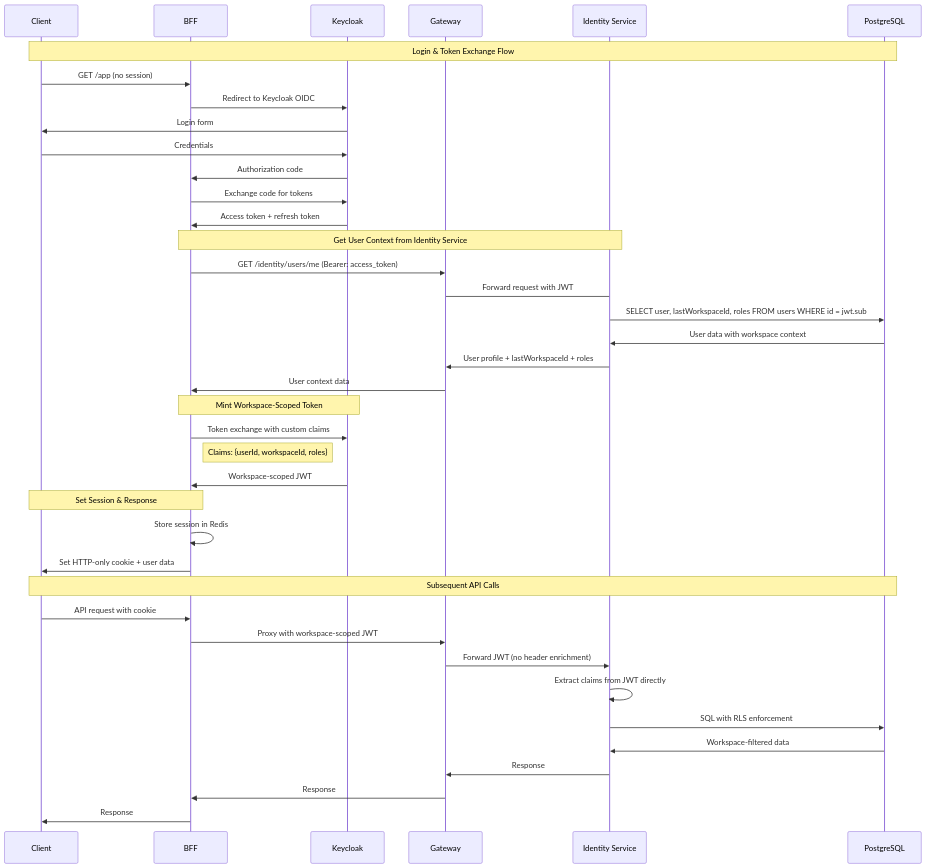
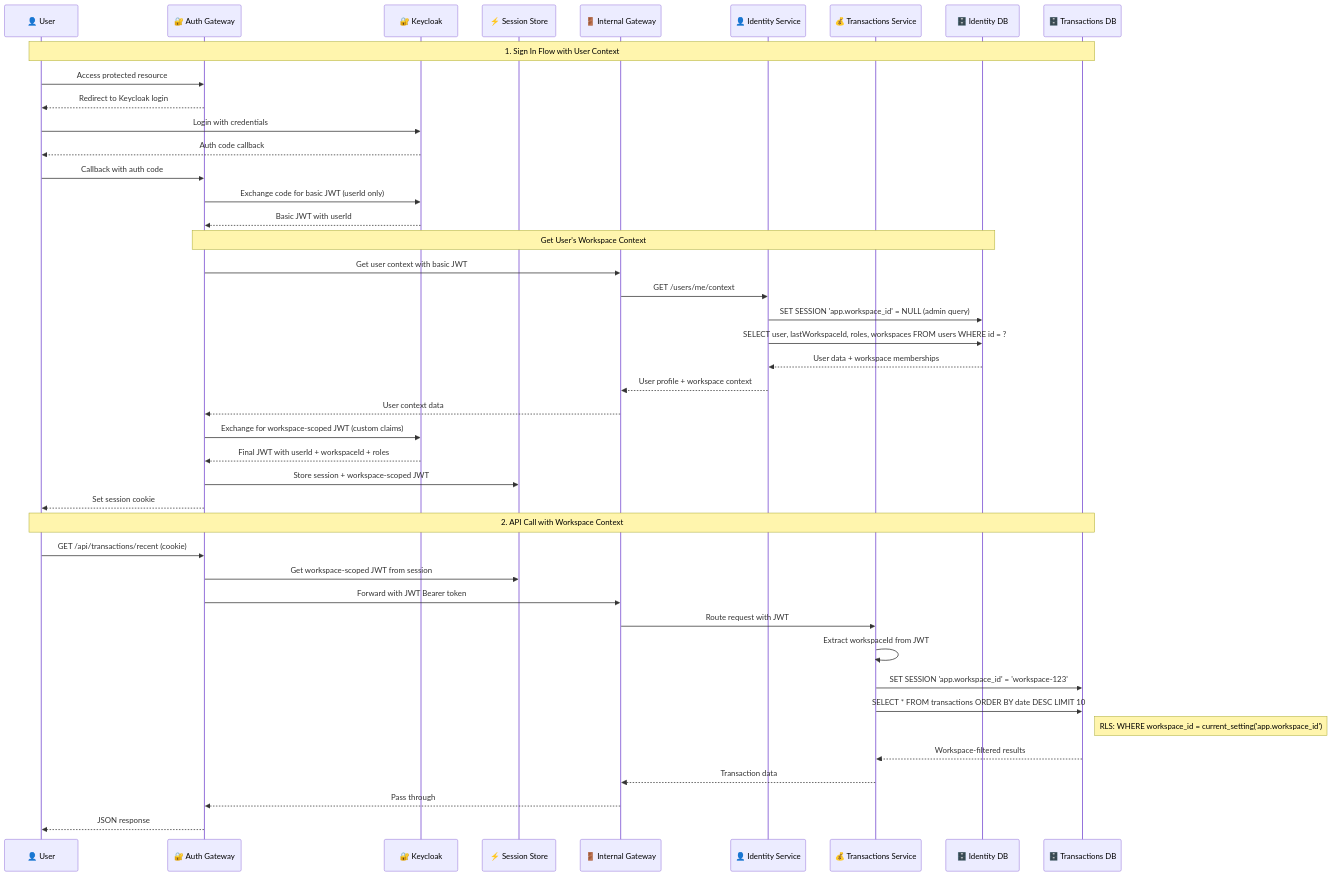
The diagram in diagrams/auth-flow.md (beaverio/infrastructure), drawn with Mermaid before and after one commit. The commit also changed other lines of this file and 2 other files, not shown here.

Commit message:
auth-flow work

````diff
--- a/diagrams/auth-flow.md
+++ b/diagrams/auth-flow.md
@@ -50,47 +8,49 @@
 ```mermaid
 sequenceDiagram
-    participant C as Client
-    participant B as BFF
-    participant K as Keycloak
-    participant G as Gateway
-    participant I as Identity Service
-    participant P as PostgreSQL
+    participant User as 👤 User
+    participant AuthGW as 🔐 Auth Gateway
+    participant Keycloak as 🔐 Keycloak
+    participant Redis as ⚡ Session Store
+    participant InternalGW as 🚪 Internal Gateway
+    participant Identity as 👤 Identity Service
+    participant Transactions as 💰 Transactions Service
+    participant IdentityDB as 🗄️ Identity DB
+    participant TransactionsDB as 🗄️ Transactions DB
 
-    Note over C,P: Login & Token Exchange Flow
+    Note over User,TransactionsDB: 1. Sign In Flow with User Context
+    User->>AuthGW: Access protected resource
+    AuthGW-->>User: Redirect to Keycloak login
+    User->>Keycloak: Login with credentials
+    Keycloak-->>User: Auth code callback
+    User->>AuthGW: Callback with auth code
+    AuthGW->>Keycloak: Exchange code for basic JWT (userId only)
+    Keycloak-->>AuthGW: Basic JWT with userId
+    
+    Note over AuthGW,IdentityDB: Get User's Workspace Context
+    AuthGW->>InternalGW: Get user context with basic JWT
+    InternalGW->>Identity: GET /users/me/context
+    Identity->>IdentityDB: SET SESSION 'app.workspace_id' = NULL (admin query)
+    Identity->>IdentityDB: SELECT user, lastWorkspaceId, roles, workspaces FROM users WHERE id = ?
+    IdentityDB-->>Identity: User data + workspace memberships
+    Identity-->>InternalGW: User profile + workspace context
+    InternalGW-->>AuthGW: User context data
+    
+    AuthGW->>Keycloak: Exchange for workspace-scoped JWT (custom claims)
+    Keycloak-->>AuthGW: Final JWT with userId + workspaceId + roles
+    AuthGW->>Redis: Store session + workspace-scoped JWT
+    AuthGW-->>User: Set session cookie
 
-    C->>B: GET /app (no session)
-    B->>K: Redirect to Keycloak OIDC
-    K->>C: Login form
-    C->>K: Credentials
-    K->>B: Authorization code
-    B->>K: Exchange code for tokens
-    K->>B: Access token + refresh token
-    
-    Note over B,I: Get User Context from Identity Service
-    B->>G: GET /identity/users/me (Bearer: access_token)
-    G->I: Forward request with JWT
-    I->>P: SELECT user, lastWorkspaceId, roles FROM users WHERE id = jwt.sub
-    P->>I: User data with workspace context
-    I->>G: User profile + lastWorkspaceId + roles
-    G->>B: User context data
-    
-    Note over B,K: Mint Workspace-Scoped Token
-    B->>K: Token exchange with custom claims
-    Note right of B: Claims: {userId, workspaceId, roles}
-    K->>B: Workspace-scoped JWT
-    
-    Note over B,C: Set Session & Response
-    B->>B: Store session in Redis
-    B->>C: Set HTTP-only cookie + user data
-    
-    Note over C,P: Subsequent API Calls
-    C->>B: API request with cookie
-    B->>G: Proxy with workspace-scoped JWT
-    G->>I: Forward JWT (no header enrichment)
-    I->>I: Extract claims from JWT directly
-    I->>P: SQL with RLS enforcement
-    P->>I: Workspace-filtered data
-    I->>G: Response
-    G->>B: Response
-    B->>C: Response
+    Note over User,TransactionsDB: 2. API Call with Workspace Context
+    User->>AuthGW: GET /api/transactions/recent (cookie)
+    AuthGW->>Redis: Get workspace-scoped JWT from session
+    AuthGW->>InternalGW: Forward with JWT Bearer token
+    InternalGW->>Transactions: Route request with JWT
+    Transactions->>Transactions: Extract workspaceId from JWT
+    Transactions->>TransactionsDB: SET SESSION 'app.workspace_id' = 'workspace-123'
+    Transactions->>TransactionsDB: SELECT * FROM transactions ORDER BY date DESC LIMIT 10
+    Note right of TransactionsDB: RLS: WHERE workspace_id = current_setting('app.workspace_id')
+    TransactionsDB-->>Transactions: Workspace-filtered results
+    Transactions-->>InternalGW: Transaction data
+    InternalGW-->>AuthGW: Pass through
+    AuthGW-->>User: JSON response
 ```
````
